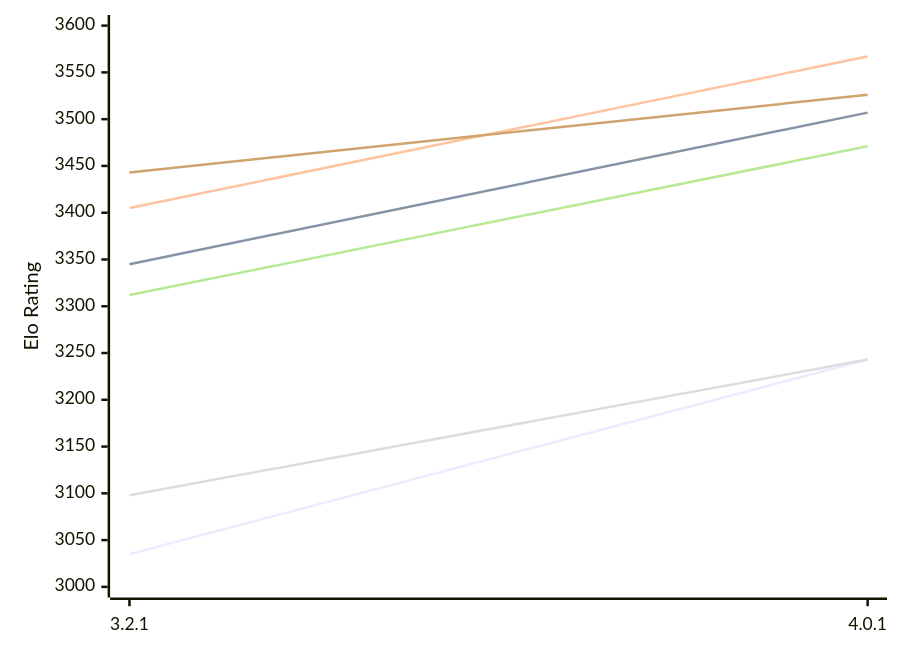
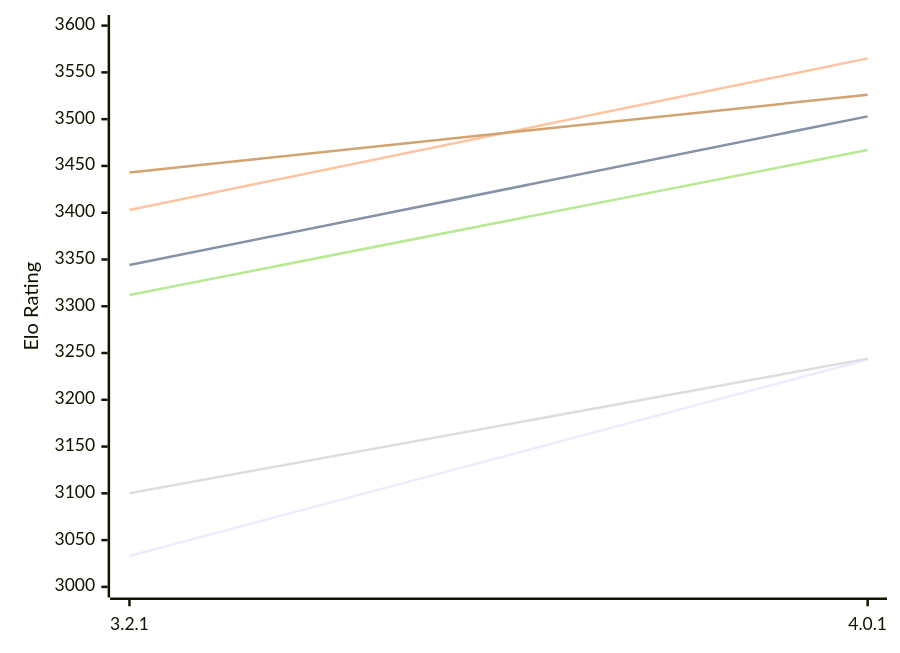
One commit to computer-chess-index/cci changed the first of 2 diagrams in engines/Prune.md. Above: the diagram before and after it, drawn with Mermaid. The commit also changed other lines of this file, not shown here.

Commit message:
Update CCI Ratings (ELO VLTC) - 2026-11-27

````diff
--- a/engines/Prune.md
+++ b/engines/Prune.md
@@ -56,12 +56,12 @@
 ```mermaid
 %%{init: {"theme":"base","themeVariables":{"seriesColors:['#a3a3a3','#222221','#faa371']}}}%%
 xychart-beta
   x-axis ["3.2.1", "4.0.1"]
   y-axis "Elo Rating" 3000 --> 3600
-  line "E1: STC (8.0+0.08s)" [3035, 3243]
-  line "E1: LTC (60.0+0.60s)" [3345, 3507]
-  line "E1: VLTC (2m24s+1.12s)" [3405, 3567]
-  line "P1: STC (8.0+0.08s)" [3098, 3243]
-  line "P1: LTC (60.0+0.60s)" [3312, 3471]
+  line "E1: STC (8.0+0.08s)" [3033, 3243]
+  line "E1: LTC (60.0+0.60s)" [3344, 3503]
+  line "E1: VLTC (2m24s+1.12s)" [3403, 3565]
+  line "P1: STC (8.0+0.08s)" [3100, 3244]
+  line "P1: LTC (60.0+0.60s)" [3312, 3467]
   line "P1: VLTC (2m24s+1.12s)" [3443, 3526]
 ```
````
